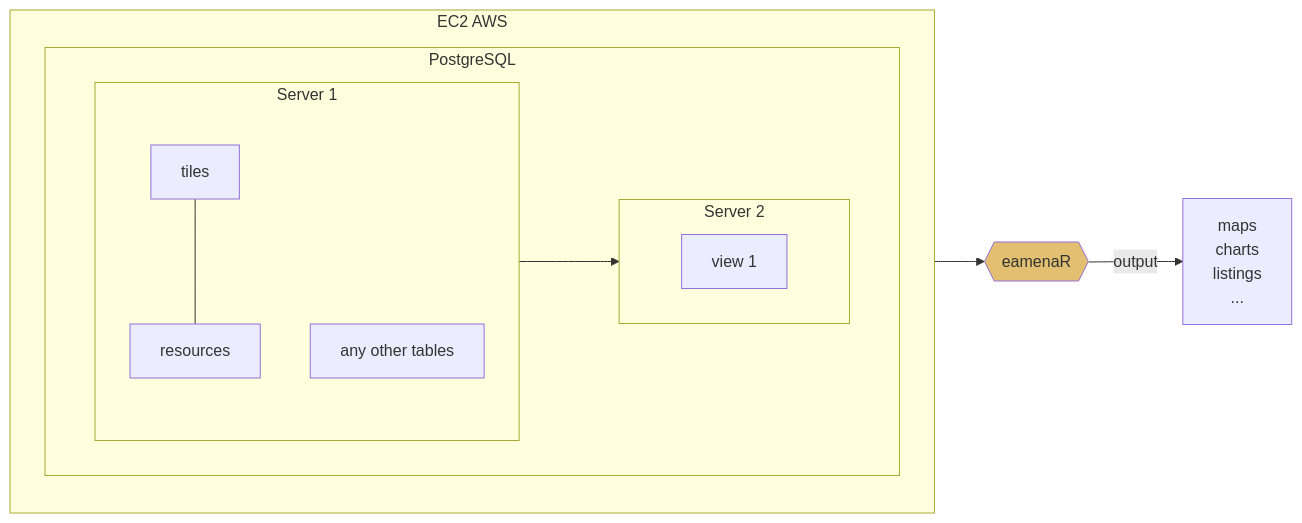
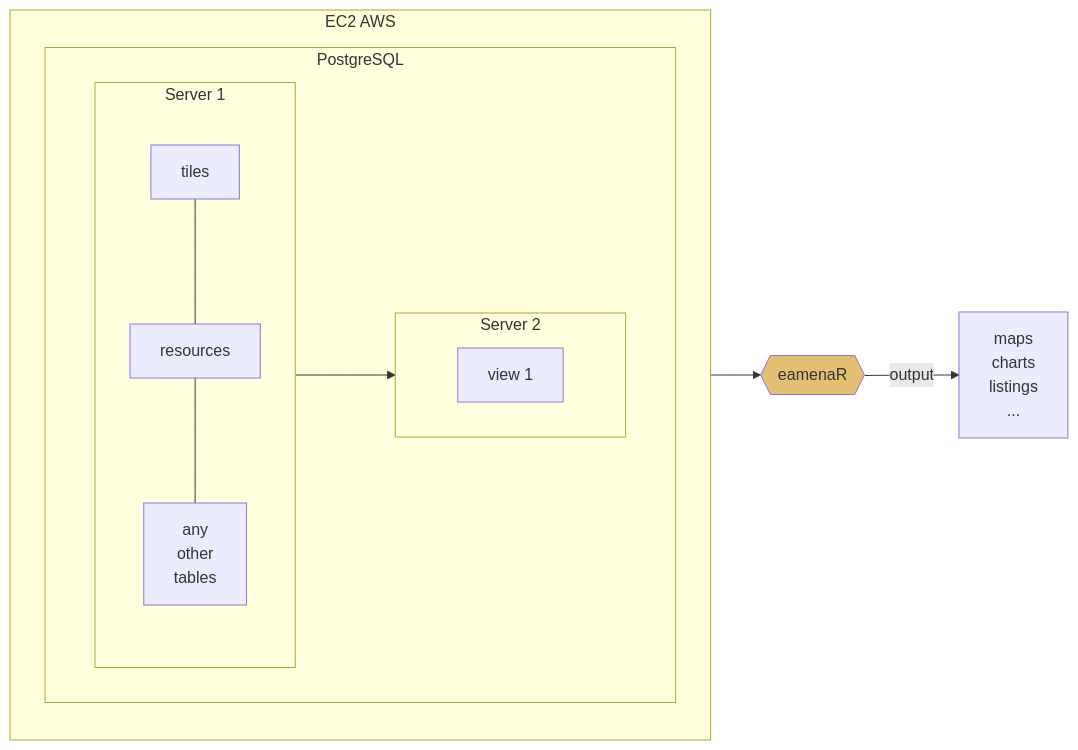
One commit to eamena-project/eamena-arches-dev changed the third of 5 diagrams in dev/README.md. Above: the diagram before and after it, drawn with Mermaid.

Commit message:
views diagram

````diff
--- a/dev/README.md
+++ b/dev/README.md
@@ -40,22 +40,22 @@
 ```mermaid
 flowchart LR
   subgraph EC2 [EC2 AWS]
     direction TB
     subgraph PostgreSQL
         direction LR
         subgraph DB [Server 1]
             direction TB
             A[tiles] --- B[resources]
-            Z[any other tables]
+            B --- Z[any<br>other<br>tables]
         end
         subgraph VIEWS [Server 2]
             direction LR
             C[view 1]
         end
     end
   end
   DB --> VIEWS
   VIEWS --> D{{eamenaR}}:::eamenaRpkg
   D -- output--> E[maps<br>charts<br>listings<br>...]
   classDef eamenaRpkg fill:#e3c071
 ```
````
